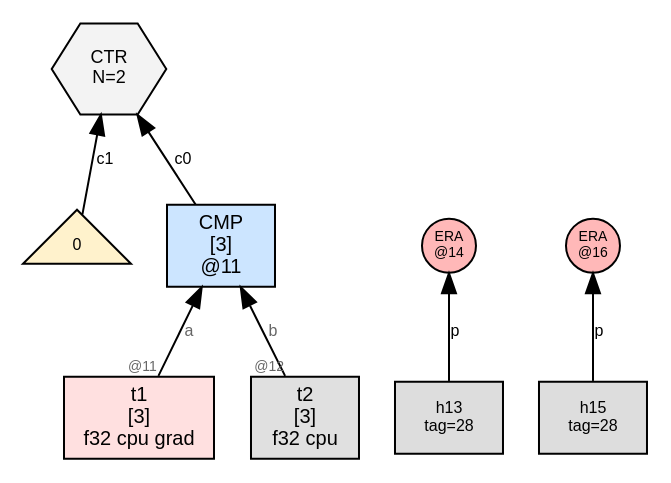
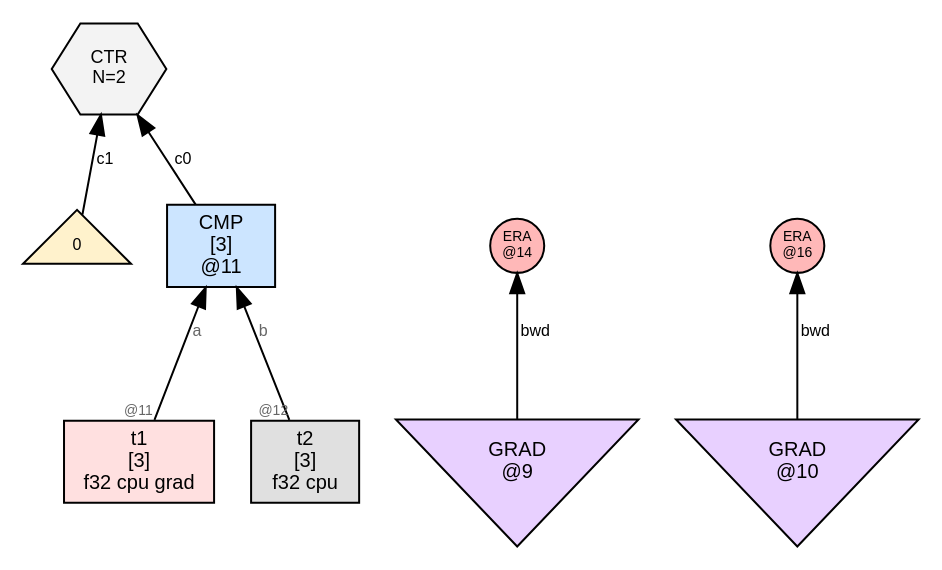
The diagram in wl/examples/thvm_graphs/grad_rules/cmp/thvm_1_post_reduce.dot (sw1sh/TinyHVM), drawn with Graphviz before and after one commit. The commit also changed 16 other files, not shown here.

First line of the commit message:
grad: ERA-consumes-TAG_GF/GB renders as GRAD cell edge, not raw heap

```diff
--- a/wl/examples/thvm_graphs/grad_rules/cmp/thvm_1_post_reduce.dot
+++ b/wl/examples/thvm_graphs/grad_rules/cmp/thvm_1_post_reduce.dot
@@ -1,21 +1,21 @@
 digraph G {
   rankdir=BT;
   node [fontname="Helvetica", fontsize=10, style=filled, shape=box, margin="0.1,0.05"];
   edge [fontsize=8, fontname="Helvetica"];
 
   n11 [label="CMP\n[3]\n@11", shape=box, fillcolor="#cce5ff"];
   t1 [label="t1\n[3]\nf32 cpu grad",shape=box,fillcolor="#ffe0e0"];
   t1 -> n11 [label="a",taillabel="@11",labelfontsize=7,fontcolor="#666666"];
   t2 [label="t2\n[3]\nf32 cpu",shape=box,fillcolor="#e0e0e0"];
   t2 -> n11 [label="b",taillabel="@12",labelfontsize=7,fontcolor="#666666"];
   ctr6 [label="CTR\nN=2", shape=hexagon, fillcolor="#f3f3f3", fontsize=9];
   n11 -> ctr6 [label="c0"];
   num_ctr6_7 [label="0",shape=triangle,fillcolor="#fff2cc",fontsize=8];
   num_ctr6_7 -> ctr6 [label="c1"];
   era14 [label="ERA\n@14",shape=circle,width=0.38,height=0.38,fixedsize=true,fillcolor="#ffb8b8",fontsize=7];
-  h13 [label="h13\ntag=28", shape=box, fillcolor="#dddddd", fontsize=8];
-  h13 -> era14 [label="p"];
+  grad9 [label="GRAD\n@9", shape=invtriangle, fillcolor="#e8d0ff"];
+  grad9 -> era14 [label="bwd"];
   era16 [label="ERA\n@16",shape=circle,width=0.38,height=0.38,fixedsize=true,fillcolor="#ffb8b8",fontsize=7];
-  h15 [label="h15\ntag=28", shape=box, fillcolor="#dddddd", fontsize=8];
-  h15 -> era16 [label="p"];
+  grad10 [label="GRAD\n@10", shape=invtriangle, fillcolor="#e8d0ff"];
+  grad10 -> era16 [label="bwd"];
 }
```
